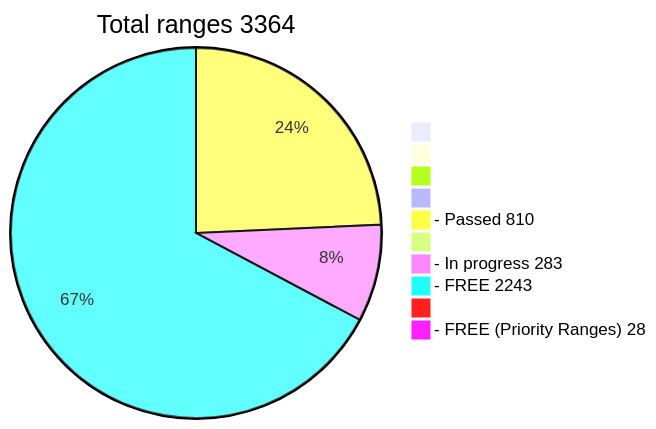
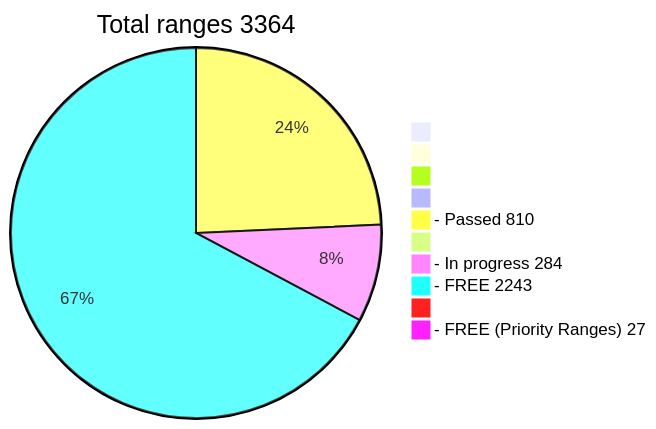
One commit to phrutis/wif500 changed the diagram in README.md. Above: the diagram before and after it, drawn with Mermaid.

````diff
--- a/README.md
+++ b/README.md
@@ -16,13 +16,13 @@
 ```mermaid
 pie title Total ranges 3364
              " " : 0
             "  " : 0
            "   " : 0
           "    " : 0
   "- Passed 810" : 810
          "     " : 0
-  "- In progress 283" : 283
+  "- In progress 284" : 284
    "- FREE 2243" : 2243
         "      " : 0
-  "- FREE (Priority Ranges) 28" : 28
+  "- FREE (Priority Ranges) 27" : 27
 ```
````
